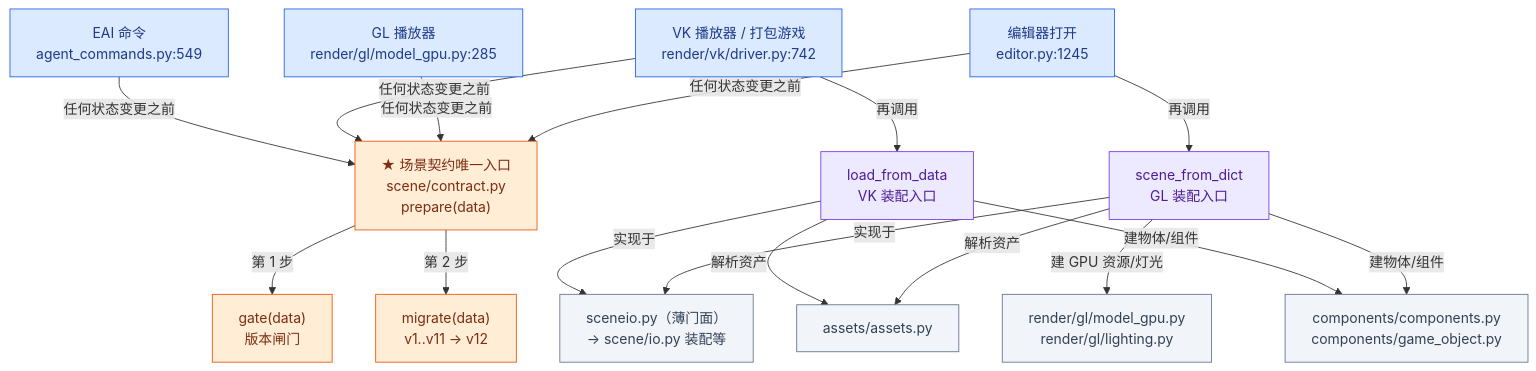
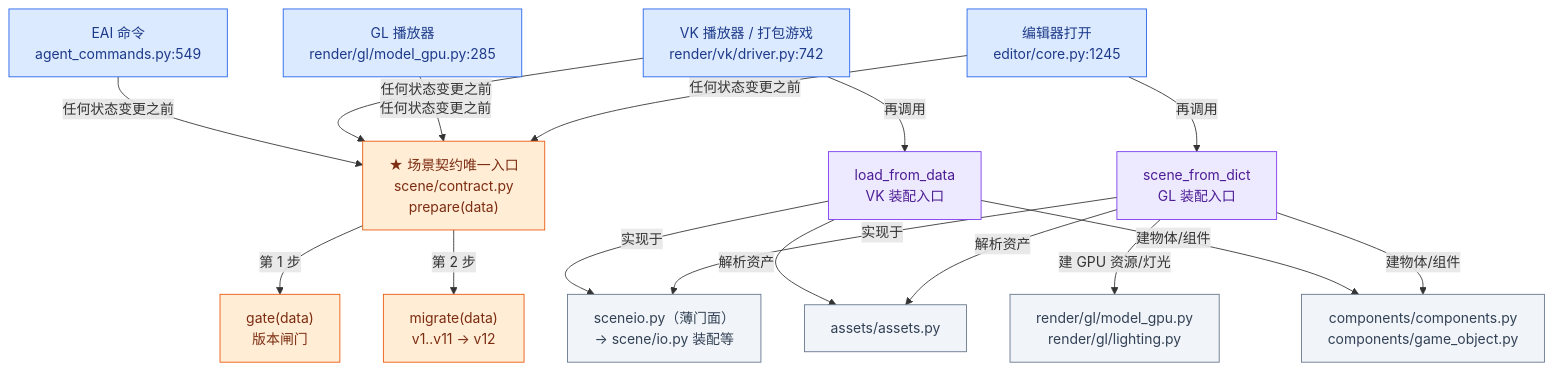
One commit to lhy302/WeaveEngine changed the fifth of 23 diagrams in ARCHITECTURE.md. Above: the diagram before and after it, drawn with Mermaid. The commit also changed other lines of this file and 75 other files, not shown here.

````diff
--- a/ARCHITECTURE.md
+++ b/ARCHITECTURE.md
@@ -257,35 +257,35 @@
 ```mermaid
 flowchart TB
-  E1["编辑器打开<br/>editor.py:1245"]:::entry
+  E1["编辑器打开<br/>editor/core.py:1245"]:::entry
   E2["GL 播放器<br/>render/gl/model_gpu.py:285"]:::entry
   E3["VK 播放器 / 打包游戏<br/>render/vk/driver.py:742"]:::entry
   E4["EAI 命令<br/>agent_commands.py:549"]:::entry
   C["★ 场景契约唯一入口<br/>scene/contract.py<br/>prepare(data)"]:::contract
   G1["gate(data)<br/>版本闸门"]:::contract
   G2["migrate(data)<br/>v1..v11 → v12"]:::contract
   A1["scene_from_dict<br/>GL 装配入口"]:::facade
   A2["load_from_data<br/>VK 装配入口"]:::facade
   F1["sceneio.py（薄门面）<br/>→ scene/io.py 装配等"]:::file
   F2["assets/assets.py"]:::file
   F3["components/components.py<br/>components/game_object.py"]:::file
   F4["render/gl/model_gpu.py<br/>render/gl/lighting.py"]:::file
   E1 -->|任何状态变更之前| C
   E2 -->|任何状态变更之前| C
   E3 -->|任何状态变更之前| C
   E4 -->|任何状态变更之前| C
   C -->|第 1 步| G1
   C -->|第 2 步| G2
   E1 -->|再调用| A1
   E3 -->|再调用| A2
   A1 -->|实现于| F1
   A2 -->|实现于| F1
   A1 -->|解析资产| F2
   A2 -->|解析资产| F2
   A1 -->|建物体/组件| F3
   A1 -->|建 GPU 资源/灯光| F4
   A2 -->|建物体/组件| F3
   classDef entry fill:#dbeafe,stroke:#2563eb,color:#1e3a8a
   classDef facade fill:#ede9fe,stroke:#7c3aed,color:#4c1d95
   classDef contract fill:#ffedd5,stroke:#ea580c,color:#7c2d12
   classDef file fill:#f1f5f9,stroke:#64748b,color:#334155
 ```
````
